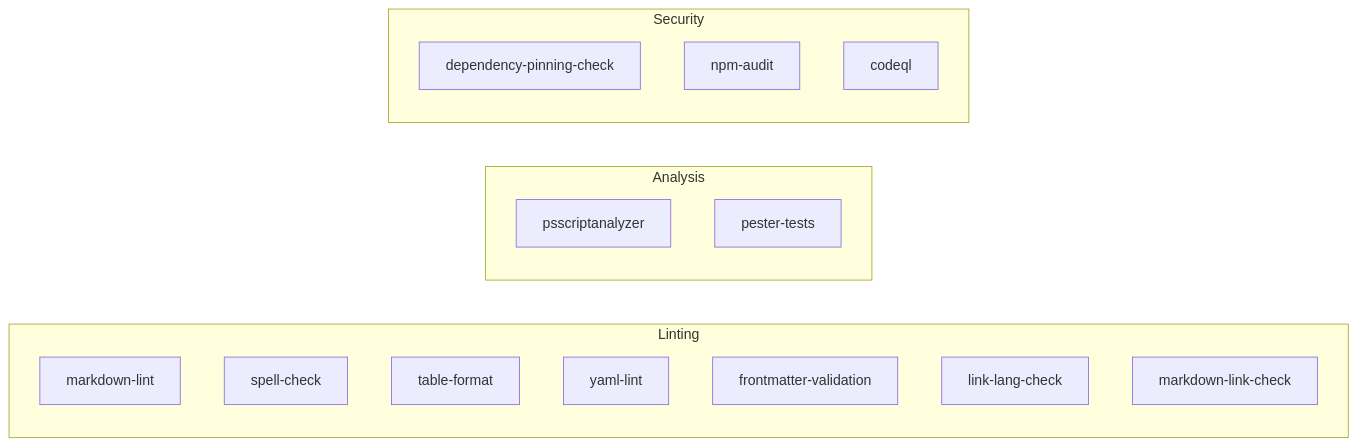
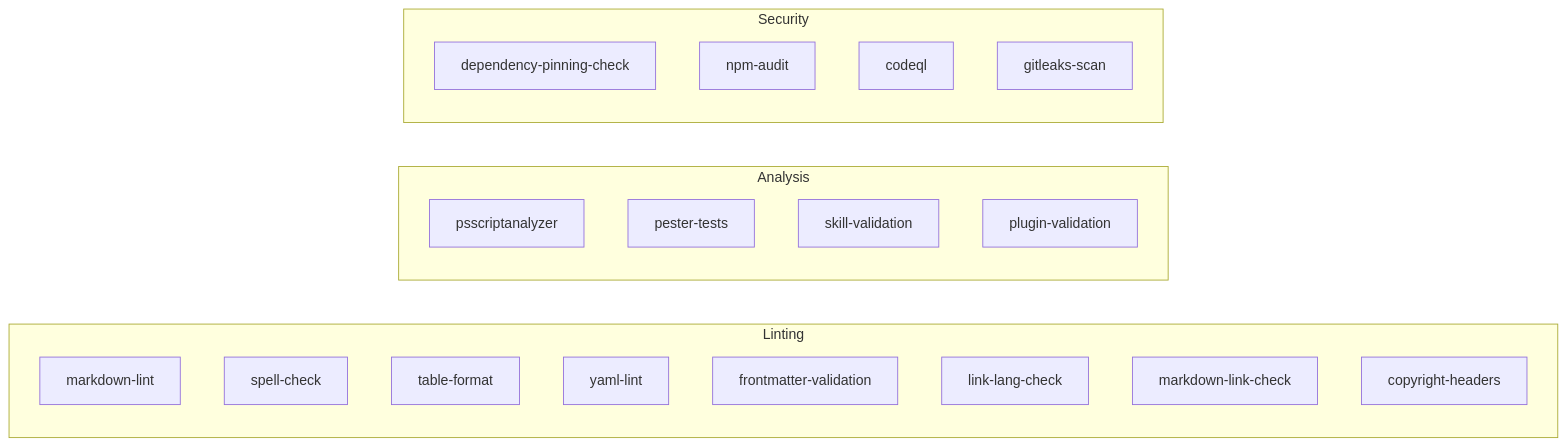
Before and after one commit to microsoft/hve-core: the second of 4 diagrams in docs/architecture/workflows.md, drawn with Mermaid. The commit also changed other lines of this file, not shown here.

````diff
--- a/docs/architecture/workflows.md
+++ b/docs/architecture/workflows.md
@@ -81,23 +95,27 @@
 ```mermaid
 flowchart LR
     subgraph "Linting"
         ML[markdown-lint]
         SC[spell-check]
         TF[table-format]
         YL[yaml-lint]
         FV[frontmatter-validation]
         LLC[link-lang-check]
         MLC[markdown-link-check]
+        CH[copyright-headers]
     end
 
     subgraph "Analysis"
         PSA[psscriptanalyzer]
         PT[pester-tests]
+        SV[skill-validation]
+        PV[plugin-validation]
     end
 
     subgraph "Security"
         DPC[dependency-pinning-check]
         NA[npm-audit]
         CQL[codeql]
+        GLS[gitleaks-scan]
     end
 ```
````
